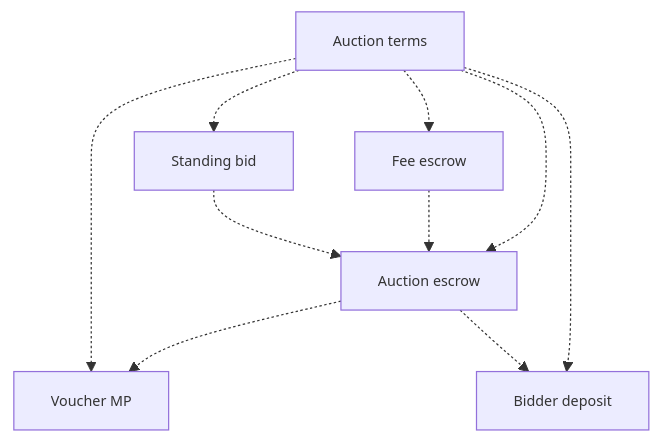
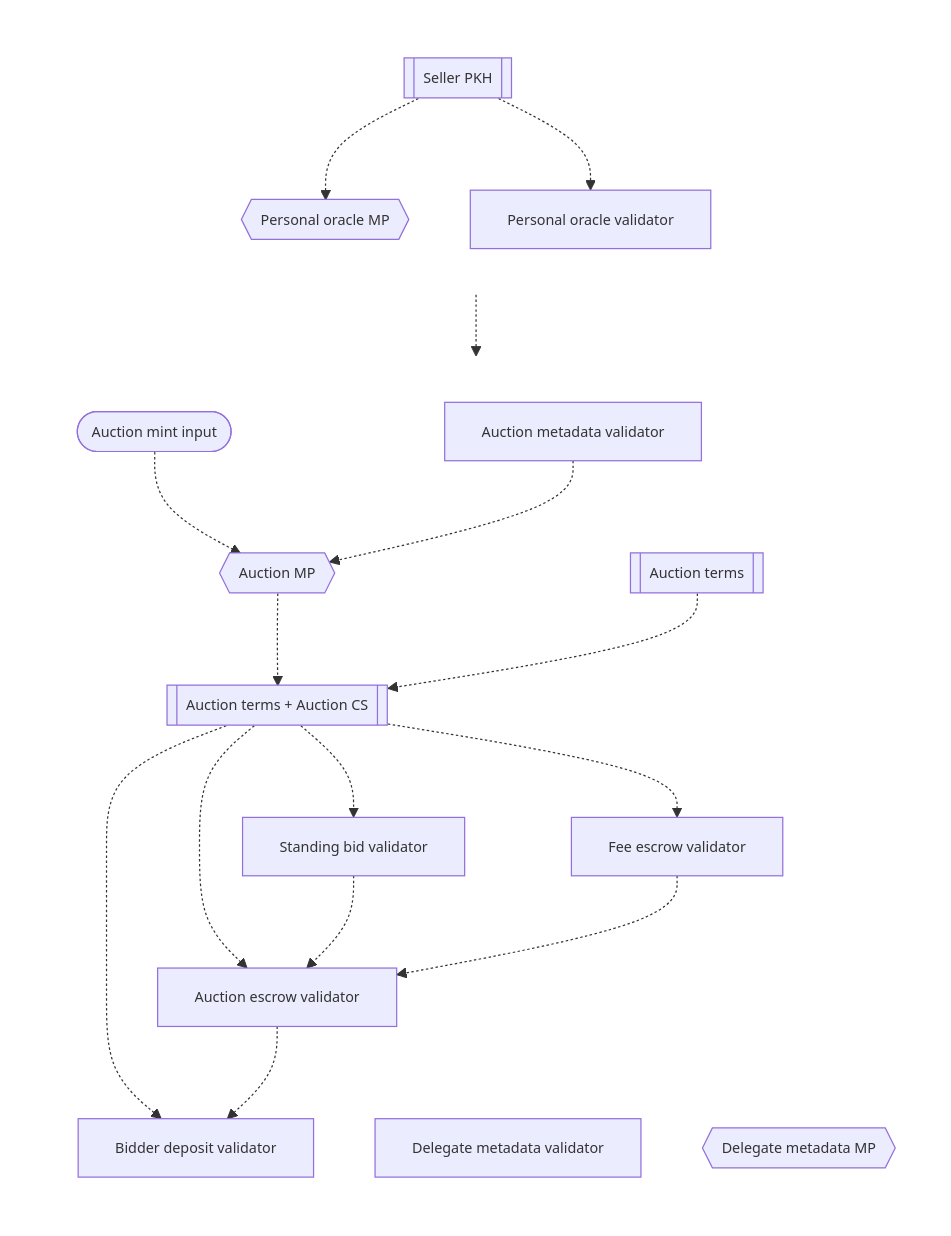
Before and after one commit to mlabs-haskell/hydra-auction: the first of 23 diagrams in docs/on_chain_spec.md, drawn with Mermaid. The commit also changed other lines of this file, not shown here.

````diff
--- a/docs/on_chain_spec.md
+++ b/docs/on_chain_spec.md
@@ -8,14 +28,53 @@
 ```mermaid
-flowchart TB
-  a[Auction terms]
-  a -.-> fee[Fee escrow]
-  a -.-> mint[Voucher MP]
-  standing -.-> auction
-  fee -.-> auction
-  a -.-> auction[Auction escrow] -.-> mint
-  auction -.-> deposit
-  a -.-> deposit[Bidder deposit]
-  a -.-> standing[Standing bid]
+flowchart
+  direction LR
+
+  subgraph RIGHT[ ]
+    direction TB
+    auctionTerms[[Auction terms]]
+    delegateMetadata[Delegate metadata validator]  
+    delegateMetadataMP{{Delegate metadata MP}}
+
+    auctionEscrow[Auction escrow validator]
+    auctionMetadata[Auction metadata validator]
+    bidderDeposit[Bidder deposit validator]
+    feeEscrow[Fee escrow validator]
+    standingBid[Standing bid validator]
+
+    auctionMP{{Auction MP}}
+
+    auctionUtxoNonce([Auction mint input])
+
+    params[[Auction terms + Auction CS]]
+
+    auctionUtxoNonce -.-> auctionMP
+    auctionMetadata -.-> auctionMP
+    
+    auctionMP -.-> params
+    auctionTerms  -.-> params
+
+    params -.-> auctionEscrow
+    params -.-> bidderDeposit
+    params -.-> feeEscrow
+    params -.-> standingBid
+
+    standingBid -.-> auctionEscrow
+    feeEscrow -.-> auctionEscrow
+    auctionEscrow -.-> bidderDeposit
+  end
+
+  subgraph LEFT[ ]
+    direction TB
+    sellerPKH[[Seller PKH]]
+    personalOracleValidator[Personal oracle validator]
+    personalOracleMP{{Personal oracle MP}}
+    
+    sellerPKH -.-> auctionTerms
+    sellerPKH -.-> personalOracleMP
+    sellerPKH -.-> personalOracleValidator
+  end
 
   classDef default font-size:90%, overflow:visible;
+  style LEFT fill:#0000,stroke-width:0px;
+  style RIGHT fill:#0000,stroke-width:0px;
 ```
````
